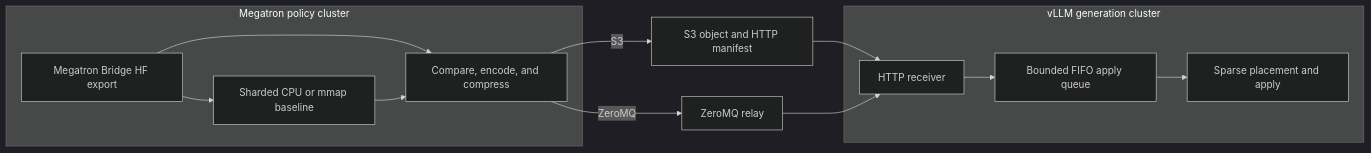
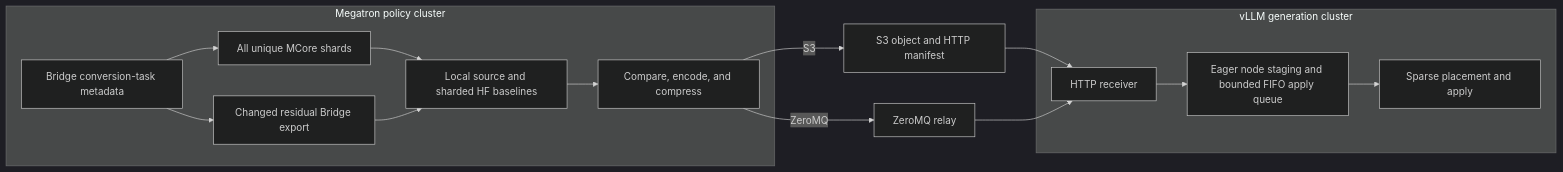
The diagram in docs/design-docs/sparse-delta-refit.md (svcnemo-autobot/RL), drawn with Mermaid (dark theme) before and after one commit. The commit also changed other lines of this file and 19 other files, not shown here.

Commit message:
Use mcore local baseline

````diff
--- a/docs/design-docs/sparse-delta-refit.md
+++ b/docs/design-docs/sparse-delta-refit.md
@@ -31,24 +33,28 @@
 ```mermaid
 flowchart LR
   subgraph P["Megatron policy cluster"]
-    B["Megatron Bridge HF export"]
-    C["Sharded CPU or mmap baseline"]
+    T["Bridge conversion-task metadata"]
+    L["All unique MCore shards"]
+    B["Changed residual Bridge export"]
+    C["Local source and sharded HF baselines"]
     E["Compare, encode, and compress"]
+    T --> L
+    T --> B
+    L --> C
     B --> C
-    B --> E
     C --> E
   end
 
   S["S3 object and HTTP manifest"]
   Z["ZeroMQ relay"]
 
   subgraph G["vLLM generation cluster"]
     H["HTTP receiver"]
-    Q["Bounded FIFO apply queue"]
+    Q["Eager node staging and bounded FIFO apply queue"]
     A["Sparse placement and apply"]
     H --> Q --> A
   end
 
   E -->|S3| S --> H
   E -->|ZeroMQ| Z --> H
 ```
````
